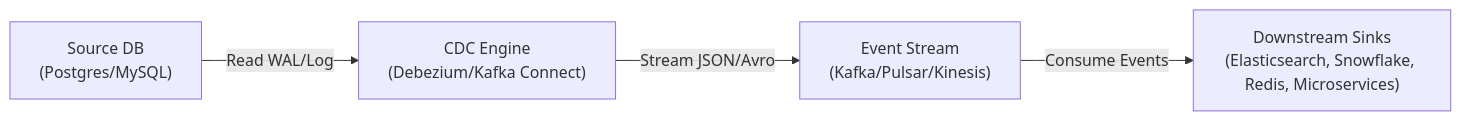
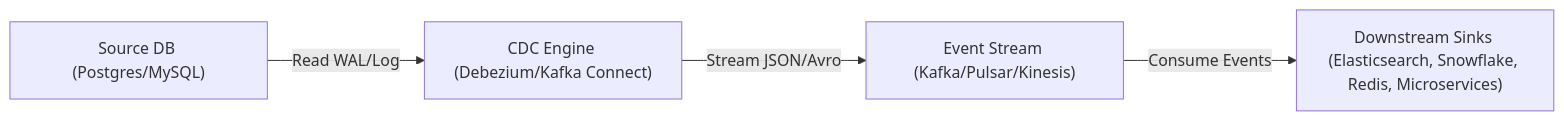
One commit to Chandra179/atlas changed the first of 8 diagrams in blog/astro/src/content/docs/change-data-capture.md. Above: the diagram before and after it, drawn with Mermaid. The commit also changed other lines of this file and 1 other file, not shown here.

````diff
--- a/blog/astro/src/content/docs/change-data-capture.md
+++ b/blog/astro/src/content/docs/change-data-capture.md
@@ -16,6 +16,6 @@
 ```mermaid
 flowchart LR
-  SourceDB["Source DB<br/>(Postgres/MySQL)"] -->|"Read WAL/Log"| CDCEngine["CDC Engine<br/>(Debezium/Kafka Connect)"]
-  CDCEngine -->|"Stream JSON/Avro"| EventStream["Event Stream<br/>(Kafka/Pulsar/Kinesis)"]
-  EventStream -->|"Consume Events"| Sinks["Downstream Sinks<br/>(Elasticsearch, Snowflake, Redis, Microservices)"]
+  SourceDB["Source DB (Postgres/MySQL)"] -->|"Read WAL/Log"| CDCEngine["CDC Engine (Debezium/Kafka Connect)"]
+  CDCEngine -->|"Stream JSON/Avro"| EventStream["Event Stream (Kafka/Pulsar/Kinesis)"]
+  EventStream -->|"Consume Events"| Sinks["Downstream Sinks (Elasticsearch, Snowflake, Redis, Microservices)"]
 ```
````
